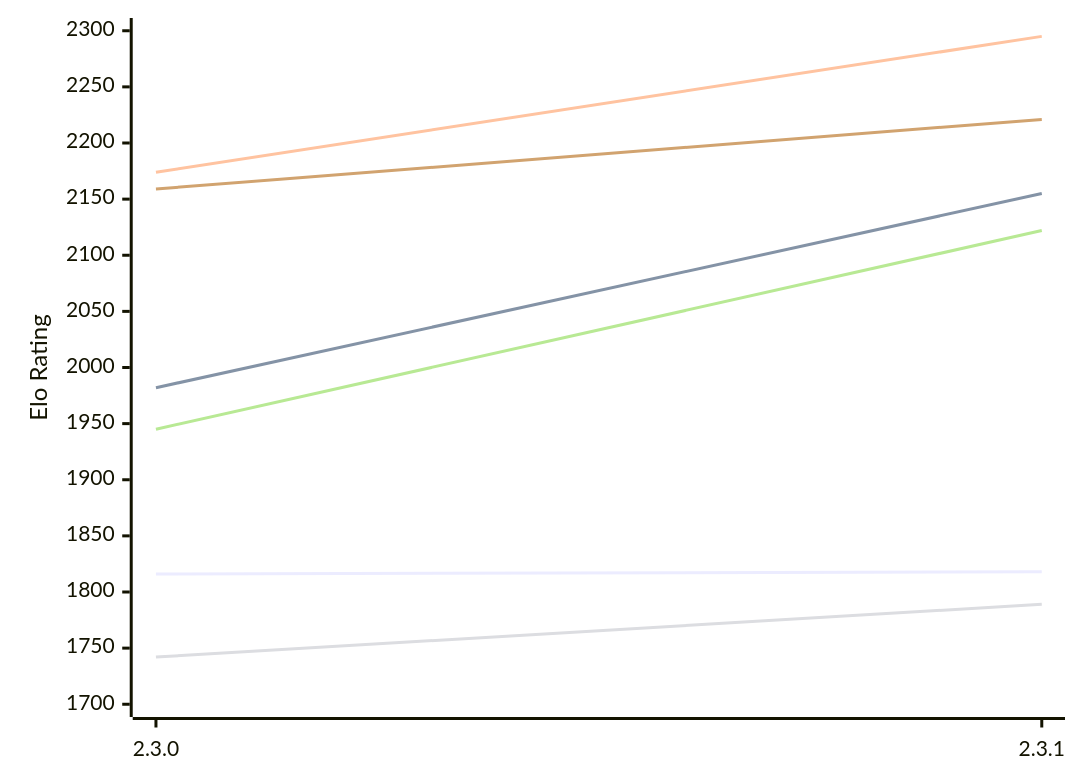
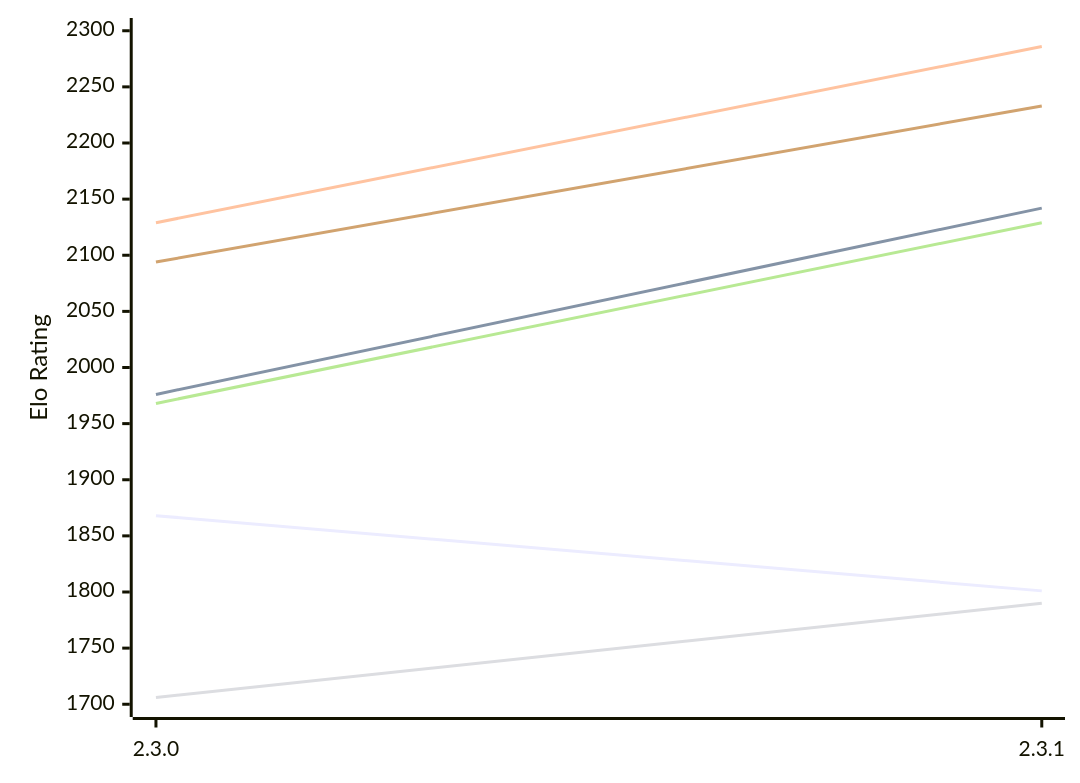
Before and after one commit to computer-chess-index/cci: the first of 2 diagrams in engines/Kreveta.md, drawn with Mermaid. The commit also changed other lines of this file, not shown here.

Commit message:
Update CCI Ratings (ELO VLTC) - 2026-11-15

````diff
--- a/engines/Kreveta.md
+++ b/engines/Kreveta.md
@@ -59,12 +59,12 @@
 ```mermaid
 %%{init: {"theme":"base","themeVariables":{"seriesColors:['#a3a3a3','#222221','#faa371']}}}%%
 xychart-beta
   x-axis ["2.3.0", "2.3.1"]
   y-axis "Elo Rating" 1700 --> 2300
-  line "E1: STC (8.0+0.08s)" [1816, 1818]
-  line "E1: LTC (60.0+0.60s)" [1982, 2155]
-  line "E1: VLTC (2m24s+1.12s)" [2174, 2295]
-  line "P1: STC (8.0+0.08s)" [1742, 1789]
-  line "P1: LTC (60.0+0.60s)" [1945, 2122]
-  line "P1: VLTC (2m24s+1.12s)" [2159, 2221]
+  line "E1: STC (8.0+0.08s)" [1868, 1801]
+  line "E1: LTC (60.0+0.60s)" [1976, 2142]
+  line "E1: VLTC (2m24s+1.12s)" [2129, 2286]
+  line "P1: STC (8.0+0.08s)" [1706, 1790]
+  line "P1: LTC (60.0+0.60s)" [1968, 2129]
+  line "P1: VLTC (2m24s+1.12s)" [2094, 2233]
 ```
````
